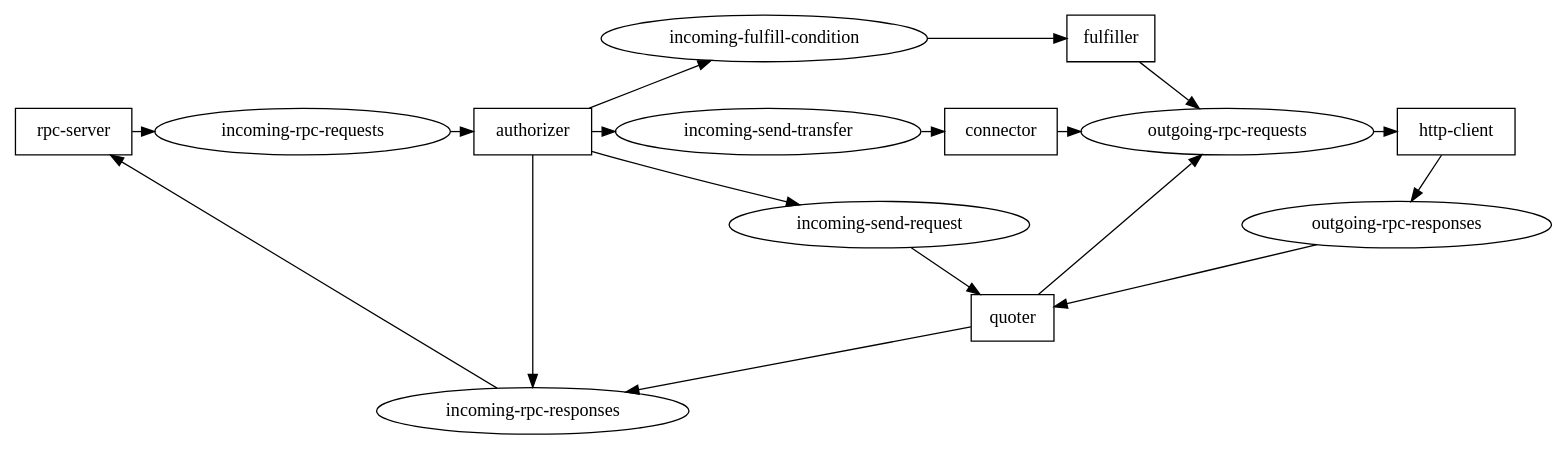
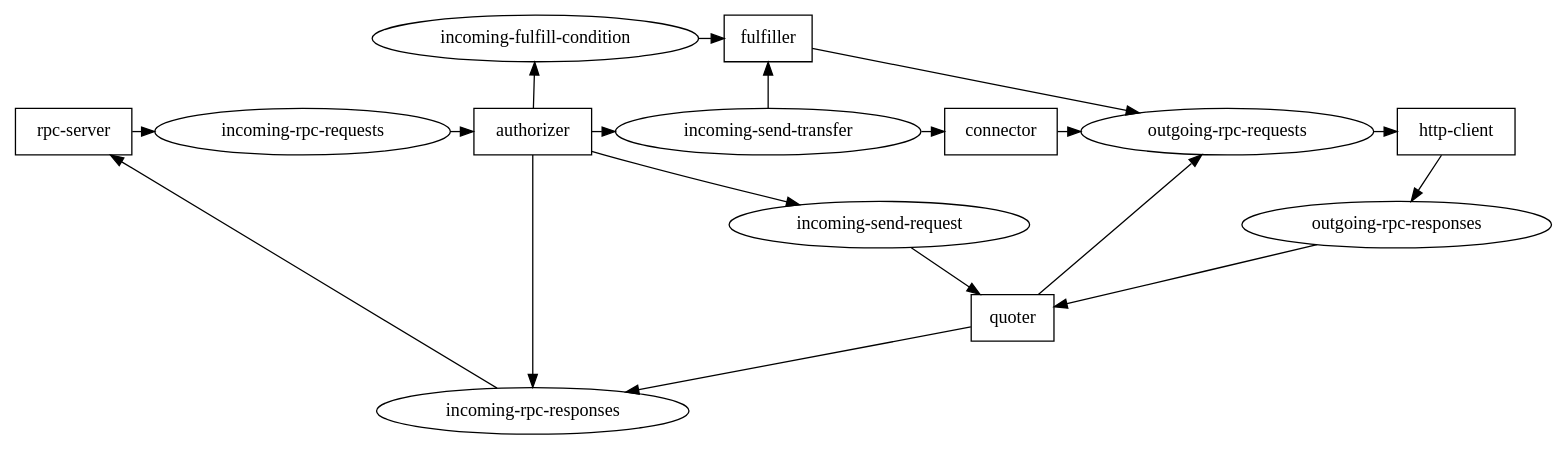
One commit to sharafian/the-metamorphosis changed the diagram in assets/streams.dot. Above: the diagram before and after it, drawn with Graphviz. The commit also changed 1 other file, not shown here.

Commit message:
docs: incoming-send-transfer -> fulfiller

```diff
--- a/assets/streams.dot
+++ b/assets/streams.dot
@@ -1,26 +1,27 @@
 digraph streams {
   subgraph components {
     node [ shape = box ];
     "rpc-server"
     "authorizer"
     "connector"
     "http-client"
     "fulfiller"
     "quoter"
   }
 
   "rpc-server" -> "incoming-rpc-requests" -> "authorizer";
   "authorizer" -> "incoming-send-transfer" -> "connector";
   "authorizer" -> "incoming-send-request" -> "quoter";
   "authorizer" -> "incoming-rpc-responses" -> "rpc-server";
   "authorizer" -> "incoming-fulfill-condition" -> "fulfiller";
+  "incoming-send-transfer" -> "fulfiller";
   "connector" -> "outgoing-rpc-requests" -> "http-client";
   "quoter" -> "outgoing-rpc-requests";
   "http-client" -> "outgoing-rpc-responses" -> "quoter" -> "incoming-rpc-responses";
   "fulfiller" -> "outgoing-rpc-requests";
 
   { rank = same; "rpc-server" "incoming-rpc-requests" "authorizer" "incoming-send-transfer" "connector" "outgoing-rpc-requests" "http-client" }
   { rank = source; "fulfiller" "incoming-fulfill-condition" }
 
 
 }
```
